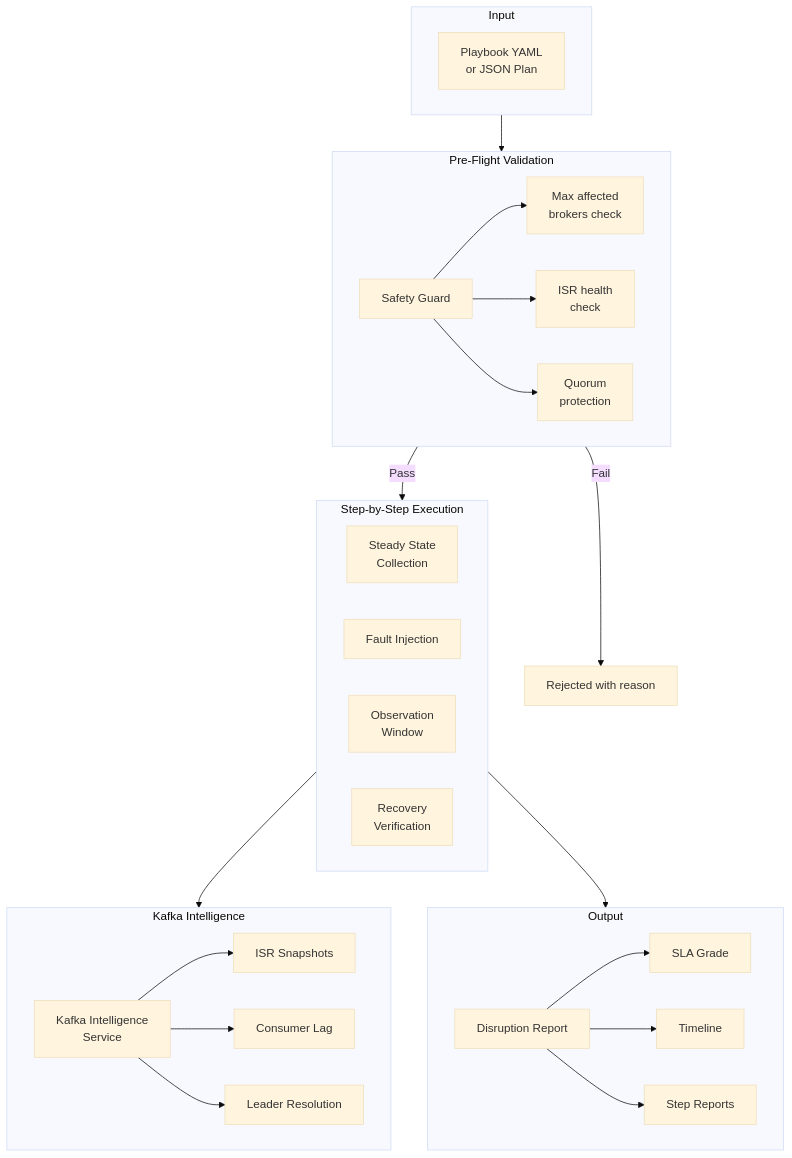
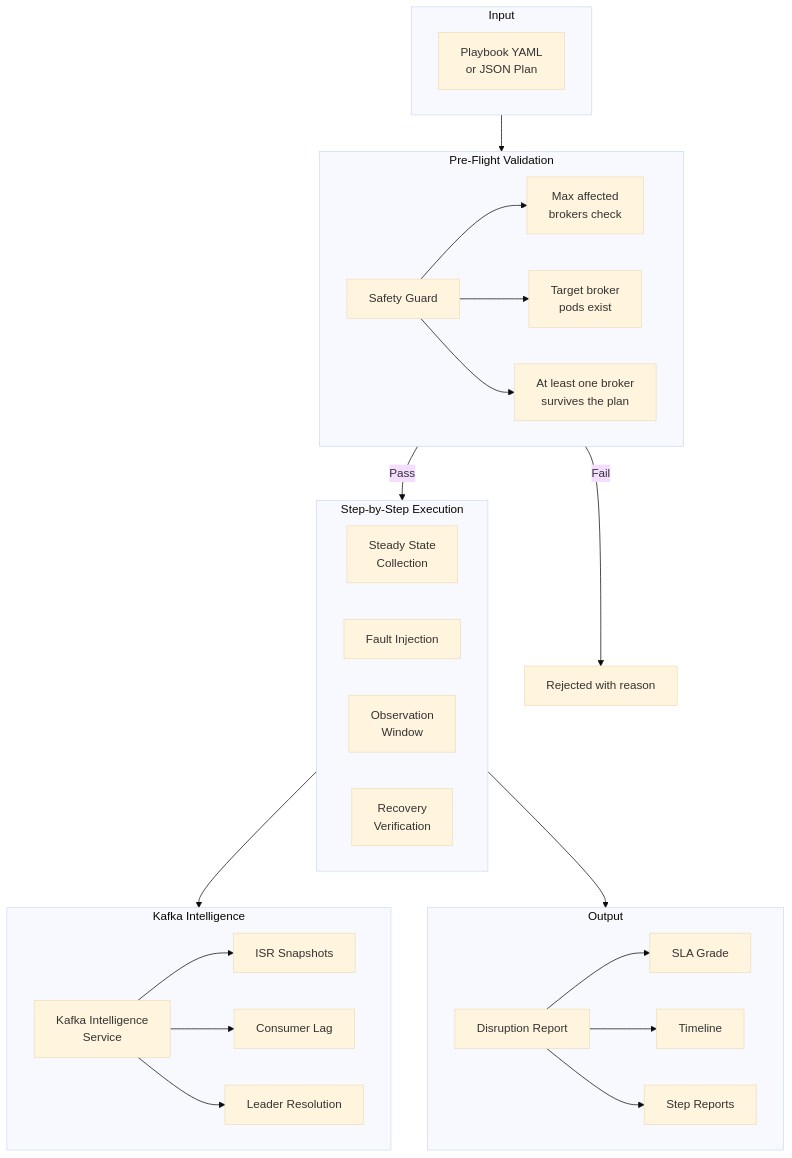
The first of 9 diagrams in docs/book/07-chaos-practice.md (actions-marketplace-validations/bmscomp_kates), drawn with Mermaid (base theme) before and after one commit. The commit also changed other lines of this file and 23 other files, not shown here.

````diff
--- a/docs/book/07-chaos-practice.md
+++ b/docs/book/07-chaos-practice.md
@@ -7,40 +7,40 @@
 ```mermaid
 graph TB
     subgraph Input["Input"]
         PB[Playbook YAML<br/>or JSON Plan]
     end
     
     subgraph Validation["Pre-Flight Validation"]
         SG[Safety Guard]
         SG --> CHK1[Max affected<br/>brokers check]
-        SG --> CHK2[ISR health<br/>check]
-        SG --> CHK3[Quorum<br/>protection]
+        SG --> CHK2[Target broker<br/>pods exist]
+        SG --> CHK3[At least one broker<br/>survives the plan]
     end
     
     subgraph Execution["Step-by-Step Execution"]
         SS[Steady State<br/>Collection]
         FI[Fault Injection]
         OW[Observation<br/>Window]
         RV[Recovery<br/>Verification]
     end
     
     subgraph Intelligence["Kafka Intelligence"]
         KIS[Kafka Intelligence<br/>Service]
         KIS --> ISR[ISR Snapshots]
         KIS --> LAG[Consumer Lag]
         KIS --> LEAD[Leader Resolution]
     end
     
     subgraph Output["Output"]
         DR[Disruption Report]
         DR --> SLA[SLA Grade]
         DR --> TL[Timeline]
         DR --> STEPS[Step Reports]
     end
     
     Input --> Validation
     Validation -->|Pass| Execution
     Validation -->|Fail| REJECT[Rejected with reason]
     Execution --> Intelligence
     Execution --> Output
 ```
````
